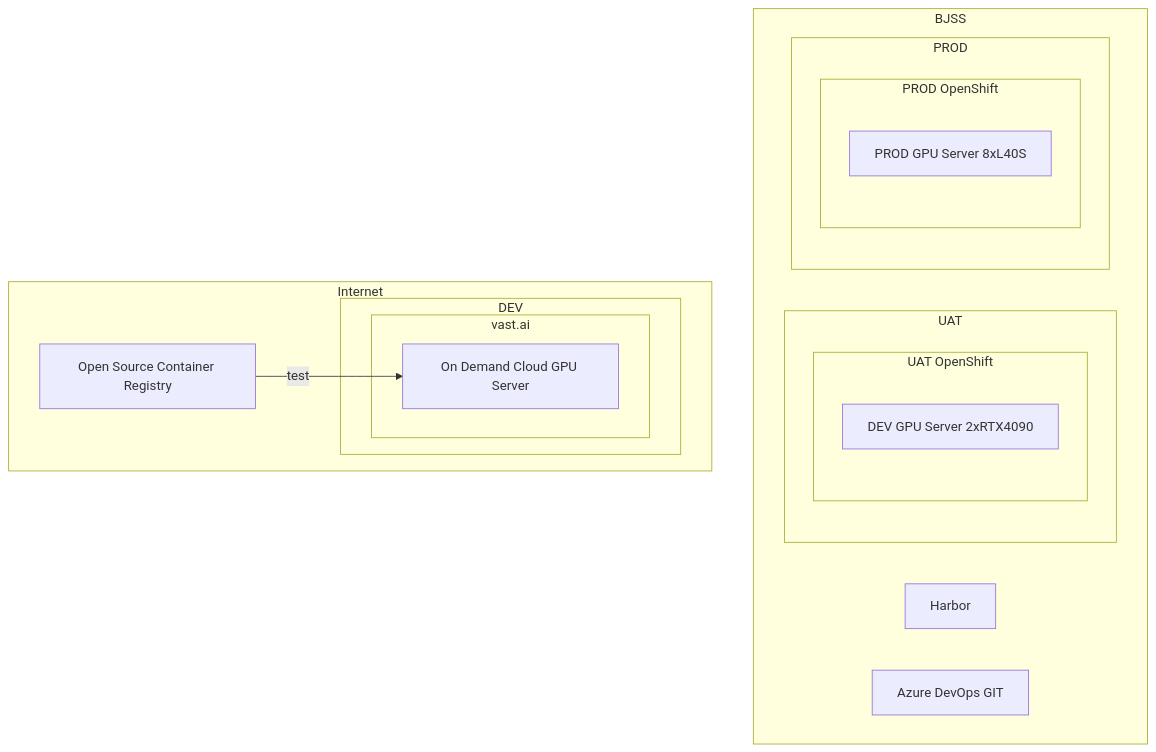
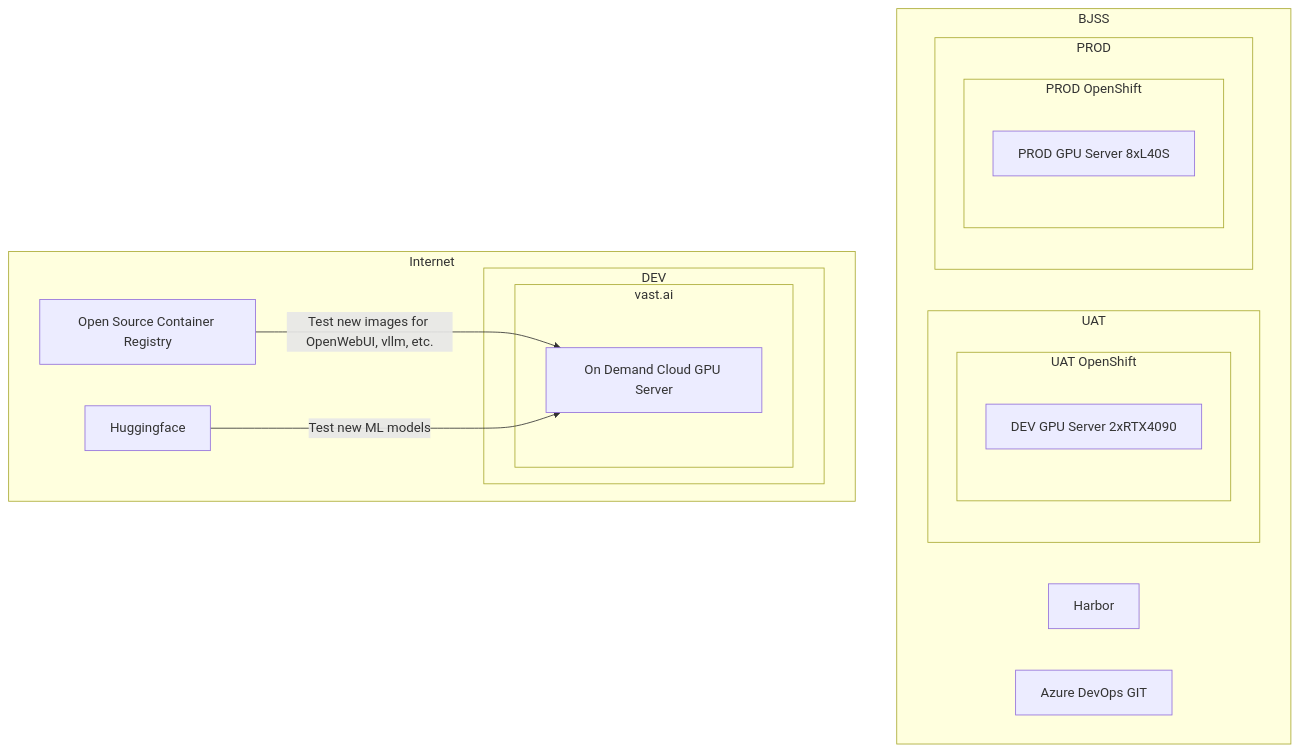
The second of 2 diagrams in README.md (tim-roethig/ai-platform), drawn with Mermaid before and after one commit.

````diff
--- a/README.md
+++ b/README.md
@@ -63,43 +63,46 @@
 ```mermaid
 graph TD
-    A[Open Source Container Registry ]
+    A[Open Source Container Registry]
+    HF[Huggingface]
     B[On Demand Cloud GPU Server]
     C[Harbor]
     D[Azure DevOps GIT]
     E[DEV GPU Server 2xRTX4090]
     F[PROD GPU Server 8xL40S]
 
     subgraph VAST_AI[vast.ai]
         B
     end
     subgraph UAT_OC[UAT OpenShift]
         E
     end
     subgraph PROD_OC[PROD OpenShift]
         F
     end
 
     subgraph DEV[DEV]
         VAST_AI
     end
     subgraph UAT[UAT]
         UAT_OC
     end
     subgraph PROD[PROD]
         PROD_OC
     end
 
     subgraph BJSS[BJSS]
         C
         D
         UAT
         PROD
     end
 
     subgraph Internet[Internet]
         A
+        HF
         DEV
     end
 
-    A -- test --> B
+    A -- Test new images for OpenWebUI, vllm, etc. --> B
+    HF -- Test new ML models --> B
 ```
````
